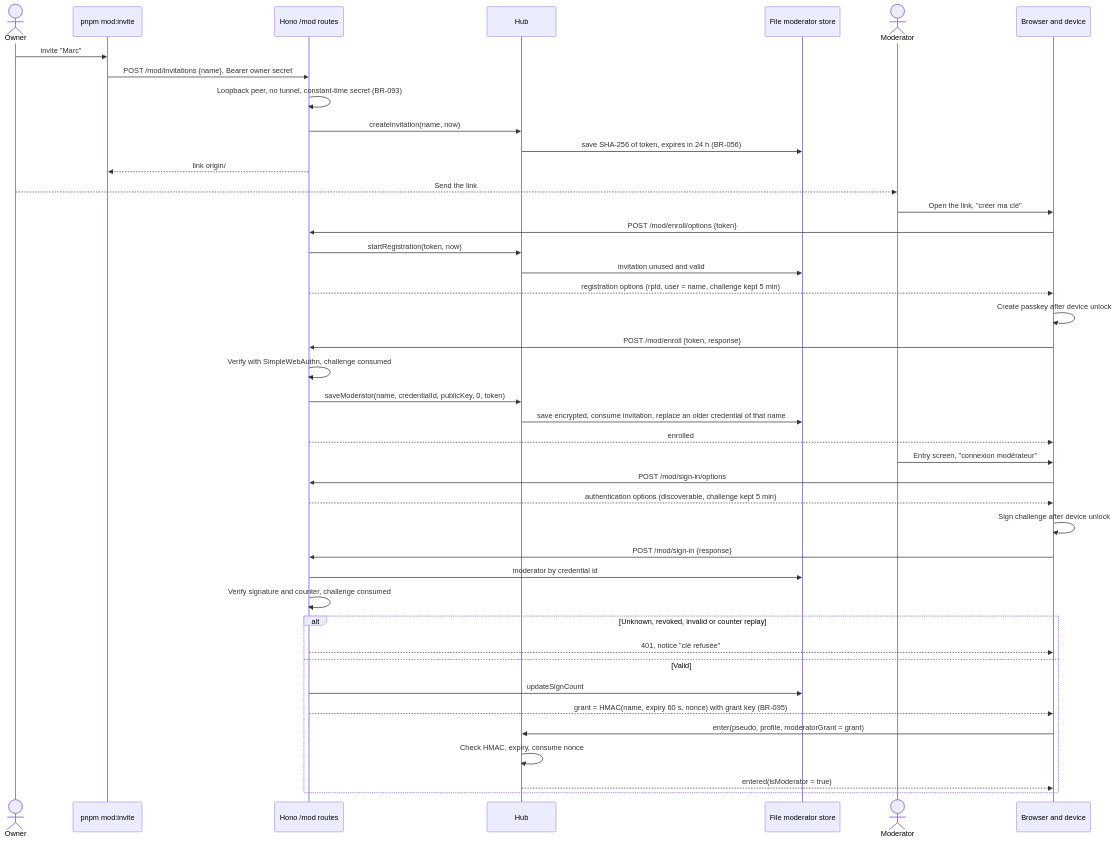
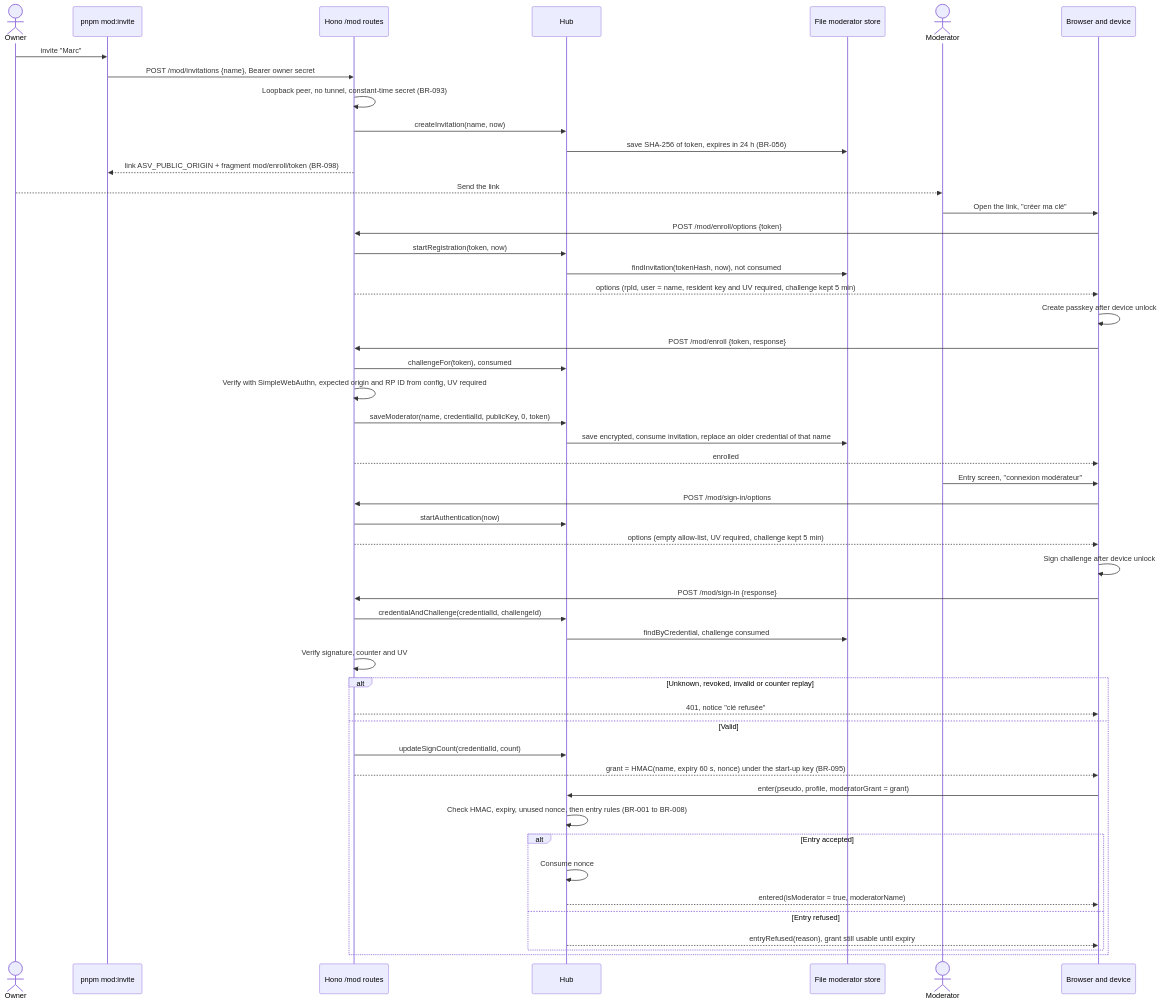
The diagram in docs/architecture/diagrams/moderation/02f-sequence-node-passkeys.md (benoit-bremaud/asv), drawn with Mermaid before and after one commit. The commit also changed other lines of this file and 14 other files, not shown here.

````diff
--- a/docs/architecture/diagrams/moderation/02f-sequence-node-passkeys.md
+++ b/docs/architecture/diagrams/moderation/02f-sequence-node-passkeys.md
@@ -18,44 +19,52 @@
 ```mermaid
 sequenceDiagram
   actor OW as Owner
   participant CLI as pnpm mod:invite
   participant R as Hono /mod routes
   participant H as Hub
   participant MS as File moderator store
   actor M as Moderator
   participant B as Browser and device
   OW->>CLI: invite "Marc"
   CLI->>R: POST /mod/invitations {name}, Bearer owner secret
   R->>R: Loopback peer, no tunnel, constant-time secret (BR-093)
   R->>H: createInvitation(name, now)
   H->>MS: save SHA-256 of token, expires in 24 h (BR-056)
-  R-->>CLI: link origin/#/mod/enroll/token
+  R-->>CLI: link ASV_PUBLIC_ORIGIN + fragment mod/enroll/token (BR-098)
   OW-->>M: Send the link
   M->>B: Open the link, "créer ma clé"
   B->>R: POST /mod/enroll/options {token}
   R->>H: startRegistration(token, now)
-  H->>MS: invitation unused and valid
-  R-->>B: registration options (rpId, user = name, challenge kept 5 min)
+  H->>MS: findInvitation(tokenHash, now), not consumed
+  R-->>B: options (rpId, user = name, resident key and UV required, challenge kept 5 min)
   B->>B: Create passkey after device unlock
   B->>R: POST /mod/enroll {token, response}
-  R->>R: Verify with SimpleWebAuthn, challenge consumed
+  R->>H: challengeFor(token), consumed
+  R->>R: Verify with SimpleWebAuthn, expected origin and RP ID from config, UV required
   R->>H: saveModerator(name, credentialId, publicKey, 0, token)
   H->>MS: save encrypted, consume invitation, replace an older credential of that name
   R-->>B: enrolled
   M->>B: Entry screen, "connexion modérateur"
   B->>R: POST /mod/sign-in/options
-  R-->>B: authentication options (discoverable, challenge kept 5 min)
+  R->>H: startAuthentication(now)
+  R-->>B: options (empty allow-list, UV required, challenge kept 5 min)
   B->>B: Sign challenge after device unlock
   B->>R: POST /mod/sign-in {response}
-  R->>MS: moderator by credential id
-  R->>R: Verify signature and counter, challenge consumed
+  R->>H: credentialAndChallenge(credentialId, challengeId)
+  H->>MS: findByCredential, challenge consumed
+  R->>R: Verify signature, counter and UV
   alt Unknown, revoked, invalid or counter replay
     R-->>B: 401, notice "clé refusée"
   else Valid
-    R->>MS: updateSignCount
-    R-->>B: grant = HMAC(name, expiry 60 s, nonce) with grant key (BR-095)
+    R->>H: updateSignCount(credentialId, count)
+    R-->>B: grant = HMAC(name, expiry 60 s, nonce) under the start-up key (BR-095)
     B->>H: enter(pseudo, profile, moderatorGrant = grant)
-    H->>H: Check HMAC, expiry, consume nonce
-    H-->>B: entered(isModerator = true)
+    H->>H: Check HMAC, expiry, unused nonce, then entry rules (BR-001 to BR-008)
+    alt Entry accepted
+      H->>H: Consume nonce
+      H-->>B: entered(isModerator = true, moderatorName)
+    else Entry refused
+      H-->>B: entryRefused(reason), grant still usable until expiry
+    end
   end
 ```
````
